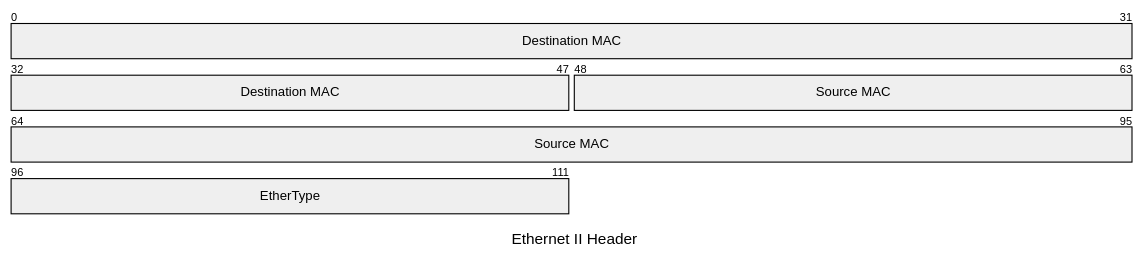
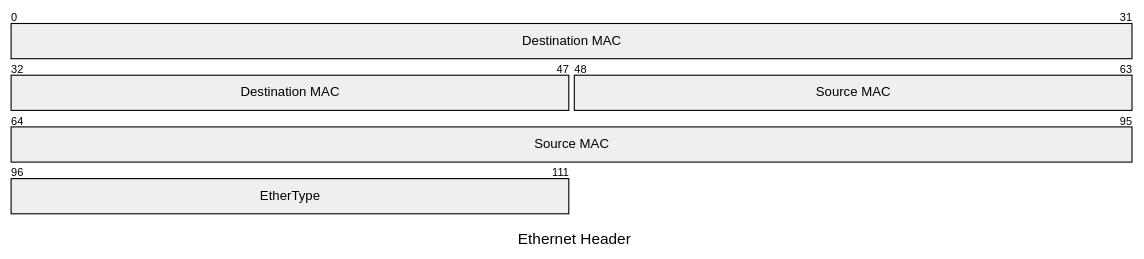
Before and after one commit to oliverdixon/coretech-firestorm-2027: the second of 3 diagrams in README.md, drawn with Mermaid. The commit also changed other lines of this file and 10 other files, not shown here.

````diff
--- a/README.md
+++ b/README.md
@@ -143,9 +143,9 @@
 ```mermaid
 ---
-title: Ethernet II Header
+title: Ethernet Header
 ---
 packet
 +48: "Destination MAC"
 +48: "Source MAC"
 +16: "EtherType"
 ```
````
